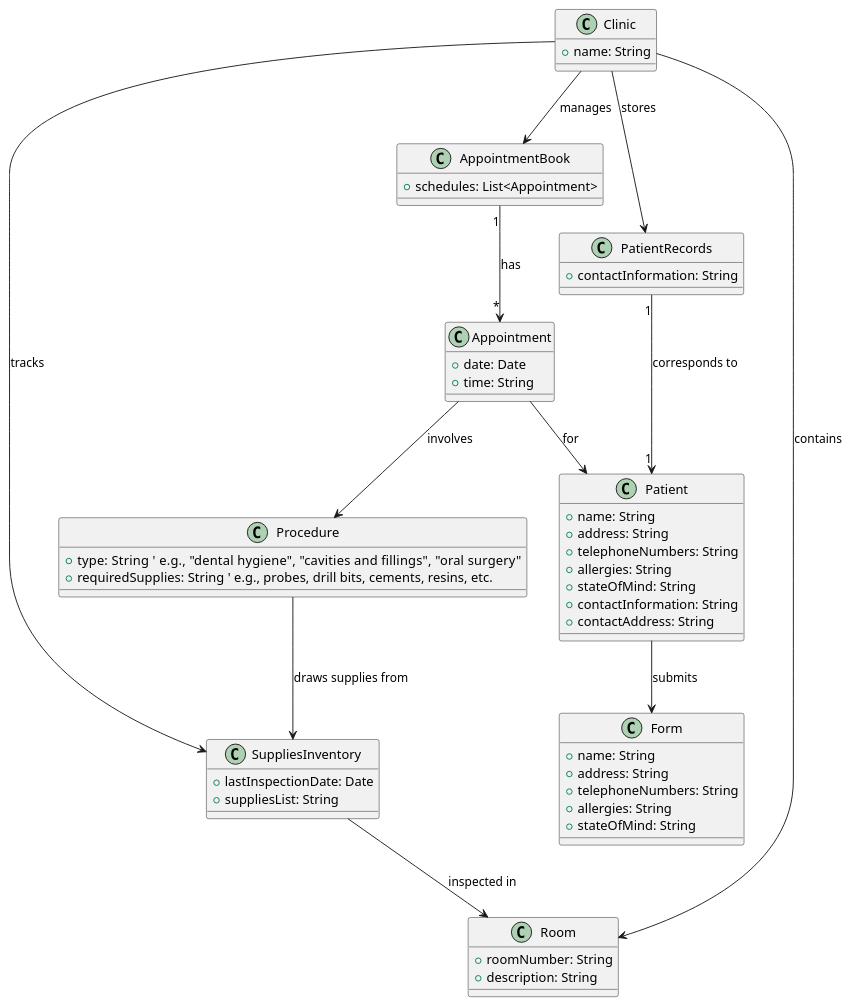
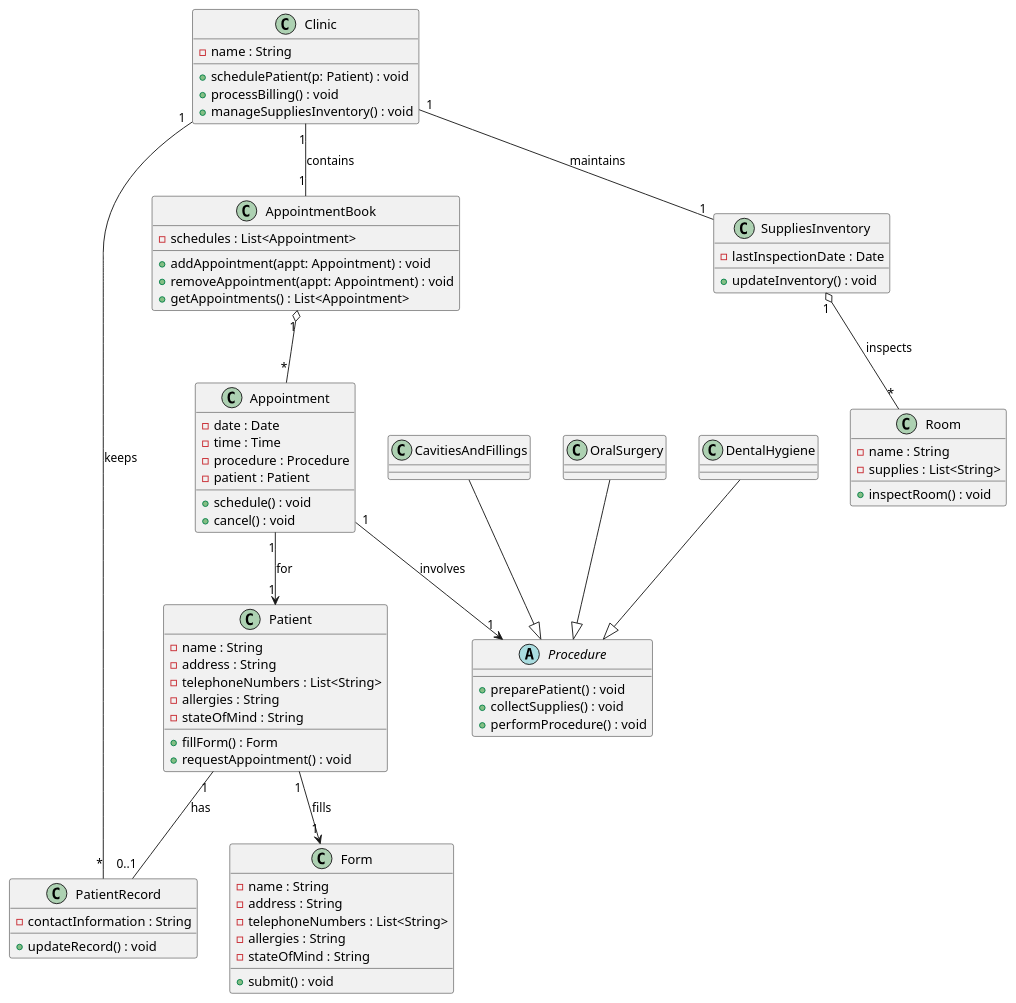
The diagram in survey/gen-r-ent-o3-mini/dental-clinic_class_diagram.puml (RayWP/pfsa-id), drawn with PlantUML before and after one commit. The commit also changed 20 other files, not shown here.

```diff
--- a/survey/gen-r-ent-o3-mini/dental-clinic_class_diagram.puml
+++ b/survey/gen-r-ent-o3-mini/dental-clinic_class_diagram.puml
@@ -1,79 +1,107 @@
 @startuml
 
-' Clinic aggregates several items: appointment book, patient records, supplies inventory, and procedure rooms.
+' Clinic class aggregates core modules
 class Clinic {
-  + name: String
-}
-  
-' The appointment book aggregates appointments.
-class AppointmentBook {
-  + schedules: List<Appointment>
-}
-  
-' Appointments are scheduled for a specific patient and a procedure.
-class Appointment {
-  + date: Date
-  + time: String
-}
-  
-' Patients have personal details and receive a form upon registration.
-class Patient {
-  + name: String
-  + address: String
-  + telephoneNumbers: String
-  + allergies: String
-  + stateOfMind: String
-  + contactInformation: String
-  + contactAddress: String
-}
-  
-' New patients complete a form; the form collects basic patient details.
-class Form {
-  + name: String
-  + address: String
-  + telephoneNumbers: String
-  + allergies: String
-  + stateOfMind: String
+  - name : String
+  + schedulePatient(p: Patient) : void
+  + processBilling() : void
+  + manageSuppliesInventory() : void
 }
 
-' Patient records keep paper file information about patients.
-class PatientRecords {
-  + contactInformation: String
+' Patient registration & information
+class Patient {
+  - name : String
+  - address : String
+  - telephoneNumbers : List<String>
+  - allergies : String
+  - stateOfMind : String
+  + fillForm() : Form
+  + requestAppointment() : void
 }
 
-' A procedure represents a type of treatment.
-class Procedure {
-  + type: String     ' e.g., "dental hygiene", "cavities and fillings", "oral surgery"
-  + requiredSupplies: String  ' e.g., probes, drill bits, cements, resins, etc.
+' Form used by new patients for registration
+class Form {
+  - name : String
+  - address : String
+  - telephoneNumbers : List<String>
+  - allergies : String
+  - stateOfMind : String
+  + submit() : void
 }
 
-' Supplies inventory is maintained weekly.
-class SuppliesInventory {
-  + lastInspectionDate: Date
-  + suppliesList: String
+' AppointmentBook holds all schedules
+class AppointmentBook {
+  - schedules : List<Appointment>
+  + addAppointment(appt: Appointment) : void
+  + removeAppointment(appt: Appointment) : void
+  + getAppointments() : List<Appointment>
 }
 
-' Rooms in which procedures are performed.
+' Each appointment links a patient and a procedure
+class Appointment {
+  - date : Date
+  - time : Time
+  - procedure : Procedure
+  - patient : Patient
+  + schedule() : void
+  + cancel() : void
+}
+
+' PatientRecord keeping contact information and history
+class PatientRecord {
+  - contactInformation : String
+  + updateRecord() : void
+}
+
+' Abstract Procedure, with concrete procedure types used in appointments
+abstract class Procedure {
+  + preparePatient() : void
+  + collectSupplies() : void
+  + performProcedure() : void
+}
+
+' Concrete procedure classes
+class DentalHygiene
+class CavitiesAndFillings
+class OralSurgery
+
+DentalHygiene --|> Procedure
+CavitiesAndFillings --|> Procedure
+OralSurgery --|> Procedure
+
+' SuppliesInventory updated weekly by inspecting procedure rooms
+class SuppliesInventory {
+  - lastInspectionDate : Date
+  + updateInventory() : void
+}
+
+' Rooms holding supplies for procedures
 class Room {
-  + roomNumber: String
-  + description: String
+  - name : String
+  - supplies : List<String>
+  + inspectRoom() : void
 }
 
 ' Relationships
+' A Clinic has an AppointmentBook, manages SuppliesInventory, and keeps PatientRecords
+Clinic "1" -- "1" AppointmentBook : contains
+Clinic "1" -- "1" SuppliesInventory : maintains
+Clinic "1" -- "*" PatientRecord : keeps
 
-Clinic --> AppointmentBook : "manages"
-Clinic --> PatientRecords : "stores"
-Clinic --> SuppliesInventory : "tracks"
-Clinic --> Room : "contains"
+' AppointmentBook aggregates many Appointments
+AppointmentBook "1" o-- "*" Appointment
 
-AppointmentBook "1" --> "*" Appointment : "has"
-Appointment --> Patient : "for"
-Appointment --> Procedure : "involves"
+' Each Appointment is associated with one Patient and one Procedure
+Appointment "1" --> "1" Patient : for
+Appointment "1" --> "1" Procedure : involves
 
-Patient --> Form : "submits"
-PatientRecords "1" --> "1" Patient : "corresponds to"
+' A Patient fills out a Form during registration
+Patient "1" --> "1" Form : fills
 
-SuppliesInventory --> Room : "inspected in"
-Procedure --> SuppliesInventory : "draws supplies from"
+' A Patient has (or is linked to) a PatientRecord
+Patient "1" -- "0..1" PatientRecord : has
+
+' SuppliesInventory inspects multiple Rooms
+SuppliesInventory "1" o-- "*" Room : inspects
 
 @enduml
```
